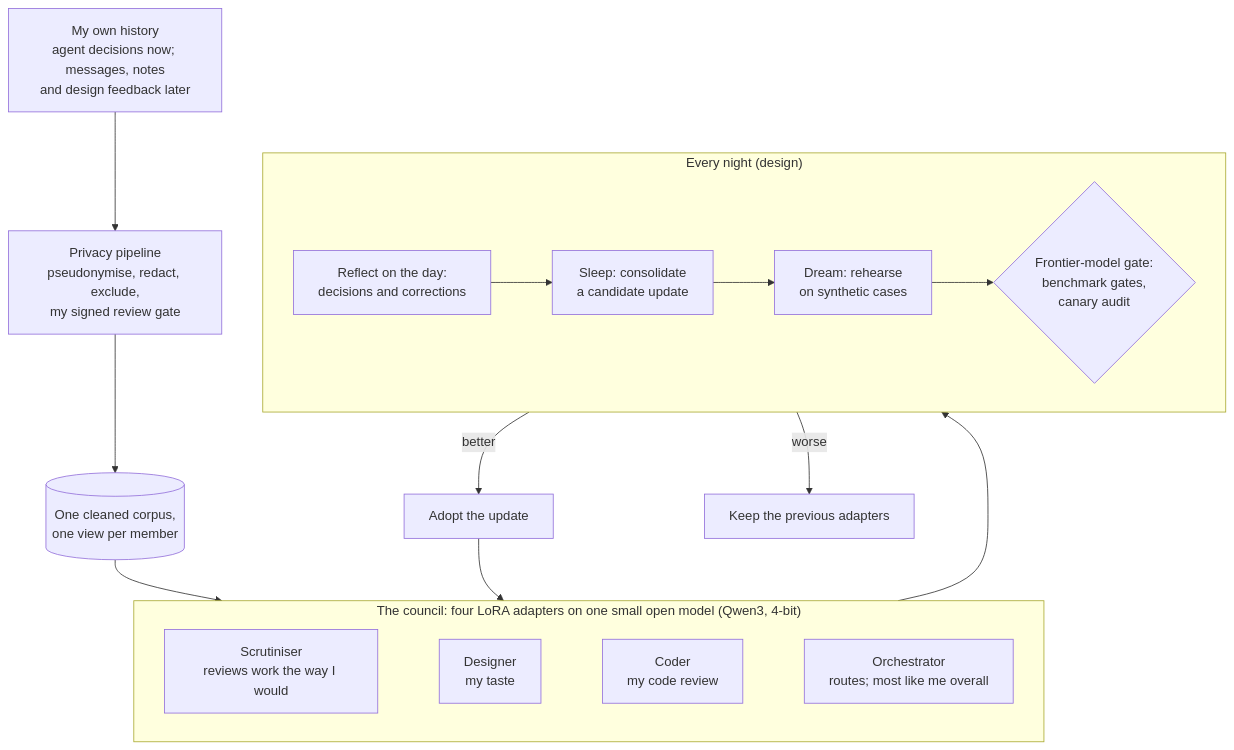
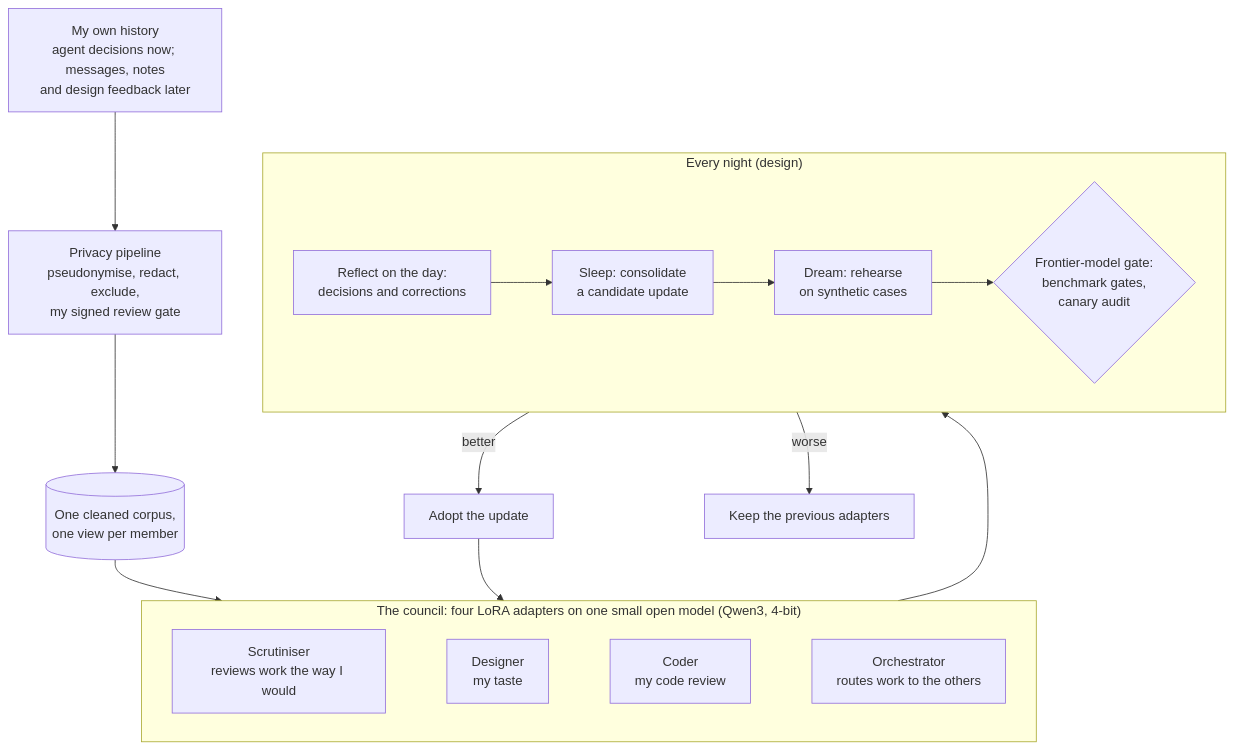
The diagram in README.md (Sohwhat6420/ethan-council), drawn with Mermaid before and after one commit. The commit also changed other lines of this file and 11 other files, not shown here.

````diff
--- a/README.md
+++ b/README.md
@@ -46,18 +107,18 @@
 ```mermaid
 flowchart TB
   S["My own history<br/>agent decisions now; messages, notes<br/>and design feedback later"] --> P["Privacy pipeline<br/>pseudonymise, redact, exclude,<br/>my signed review gate"]
   P --> C[("One cleaned corpus,<br/>one view per member")]
   C --> council
   subgraph council["The council: four LoRA adapters on one small open model (Qwen3, 4-bit)"]
     direction LR
-    L1["Scrutiniser<br/>reviews work the way I would"] ~~~ L2["Designer<br/>my taste"] ~~~ L3["Coder<br/>my code review"] ~~~ L4["Orchestrator<br/>routes; most like me overall"]
+    L1["Scrutiniser<br/>reviews work the way I would"] ~~~ L2["Designer<br/>my taste"] ~~~ L3["Coder<br/>my code review"] ~~~ L4["Orchestrator<br/>routes work to the others"]
   end
   council --> night
   subgraph night["Every night (design)"]
     direction LR
     R["Reflect on the day:<br/>decisions and corrections"] --> SL["Sleep: consolidate<br/>a candidate update"] --> D["Dream: rehearse<br/>on synthetic cases"] --> G{"Frontier-model gate:<br/>benchmark gates,<br/>canary audit"}
   end
   G -- better --> U["Adopt the update"]
   G -- worse --> RB["Keep the previous adapters"]
   U --> council
 ```
````
